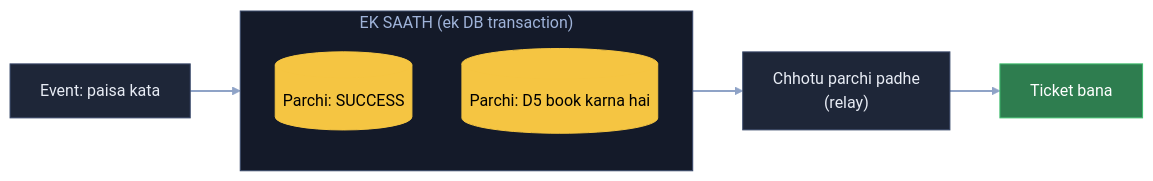
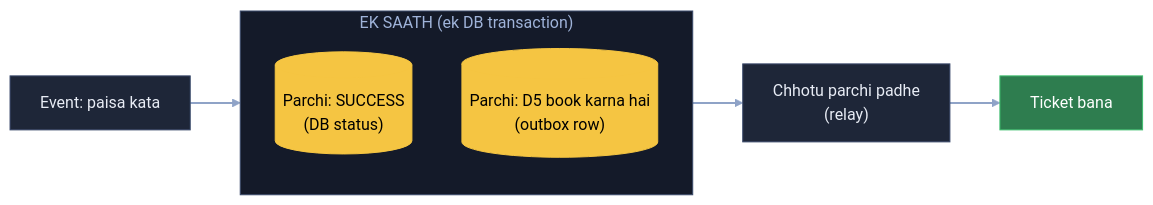
One commit to ArpanMaheshwari144/Prep changed the eighth of 12 diagrams in 04_HLD/SYSTEM_DESIGNS/09_bookmyshow/09_bookmyshow.md. Above: the diagram before and after it, drawn with Mermaid. The commit also changed other lines of this file and 20 other files, not shown here.

Commit message:
HLD main files: diagram me kahani shabd + bracket me asli naam (21 design, 182 label)

````diff
--- a/04_HLD/SYSTEM_DESIGNS/09_bookmyshow/09_bookmyshow.md
+++ b/04_HLD/SYSTEM_DESIGNS/09_bookmyshow/09_bookmyshow.md
@@ -400,14 +400,14 @@
 ```mermaid
 flowchart LR
     E["Event: paisa kata"]:::card --> T
     subgraph T["EK SAATH (ek DB transaction)"]
-        S[("Parchi: SUCCESS")]:::pill
-        O[("Parchi: D5 book karna hai")]:::pill
+        S[("Parchi: SUCCESS<br/>(DB status)")]:::pill
+        O[("Parchi: D5 book karna hai<br/>(outbox row)")]:::pill
     end
     T --> R["Chhotu parchi padhe<br/>(relay)"]:::card --> K["Ticket bana"]:::good
     linkStyle default stroke:#8fa3c7,stroke-width:2px
     classDef card fill:#1e2638,stroke:#3a4a6b,color:#e8ecf5
     classDef pill fill:#f5c542,stroke:#f5c542,color:#000
     classDef good fill:#2e7d4f,stroke:#3fbf6f,color:#fff
     style T fill:#141a29,stroke:#3a4a6b,color:#9fb3d9
 ```
````
